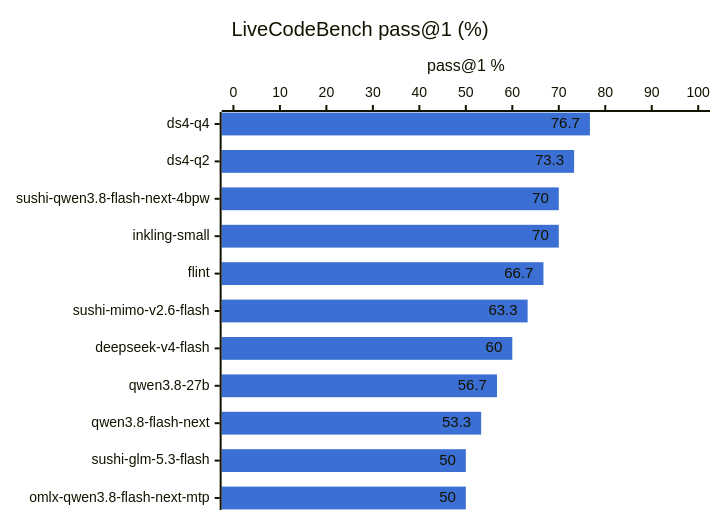
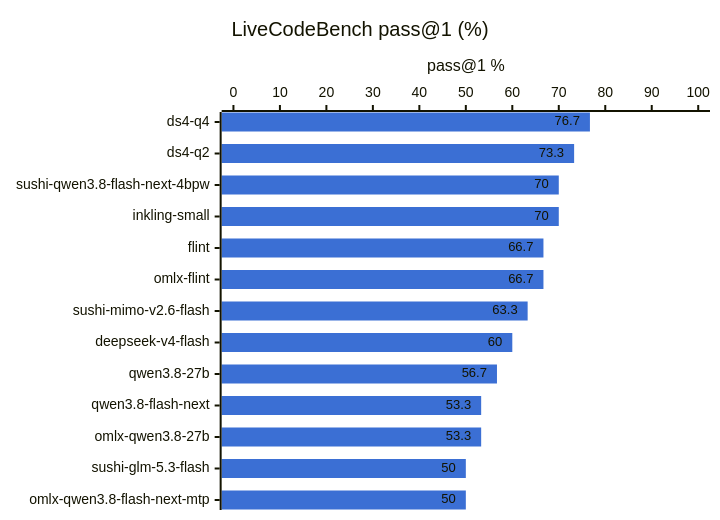
The first of 2 diagrams in RESULTS-mac.md (hofftodd/ai-bench), drawn with Mermaid before and after one commit. The commit also changed other lines of this file and 6 other files, not shown here.

First line of the commit message:
Results: flint and qwen3.8-27b on oMLX; oMLX is the Mac default

````diff
--- a/RESULTS-mac.md
+++ b/RESULTS-mac.md
@@ -13,8 +13,8 @@
 ```mermaid
 %%{init: {"xyChart": {"showDataLabel": true}, "themeVariables": {"xyChart": {"plotColorPalette": "#3b6fd4"}}}}%%
 xychart-beta horizontal
     title "LiveCodeBench pass@1 (%)"
-    x-axis ["ds4-q4", "ds4-q2", "sushi-qwen3.8-flash-next-4bpw", "inkling-small", "flint", "sushi-mimo-v2.6-flash", "deepseek-v4-flash", "qwen3.8-27b", "qwen3.8-flash-next", "sushi-glm-5.3-flash", "omlx-qwen3.8-flash-next-mtp"]
+    x-axis ["ds4-q4", "ds4-q2", "sushi-qwen3.8-flash-next-4bpw", "inkling-small", "flint", "omlx-flint", "sushi-mimo-v2.6-flash", "deepseek-v4-flash", "qwen3.8-27b", "qwen3.8-flash-next", "omlx-qwen3.8-27b", "sushi-glm-5.3-flash", "omlx-qwen3.8-flash-next-mtp"]
     y-axis "pass@1 %" 0 --> 100
-    bar [76.7, 73.3, 70.0, 70.0, 66.7, 63.3, 60.0, 56.7, 53.3, 50.0, 50.0]
+    bar [76.7, 73.3, 70.0, 70.0, 66.7, 66.7, 63.3, 60.0, 56.7, 53.3, 53.3, 50.0, 50.0]
 ```
````
